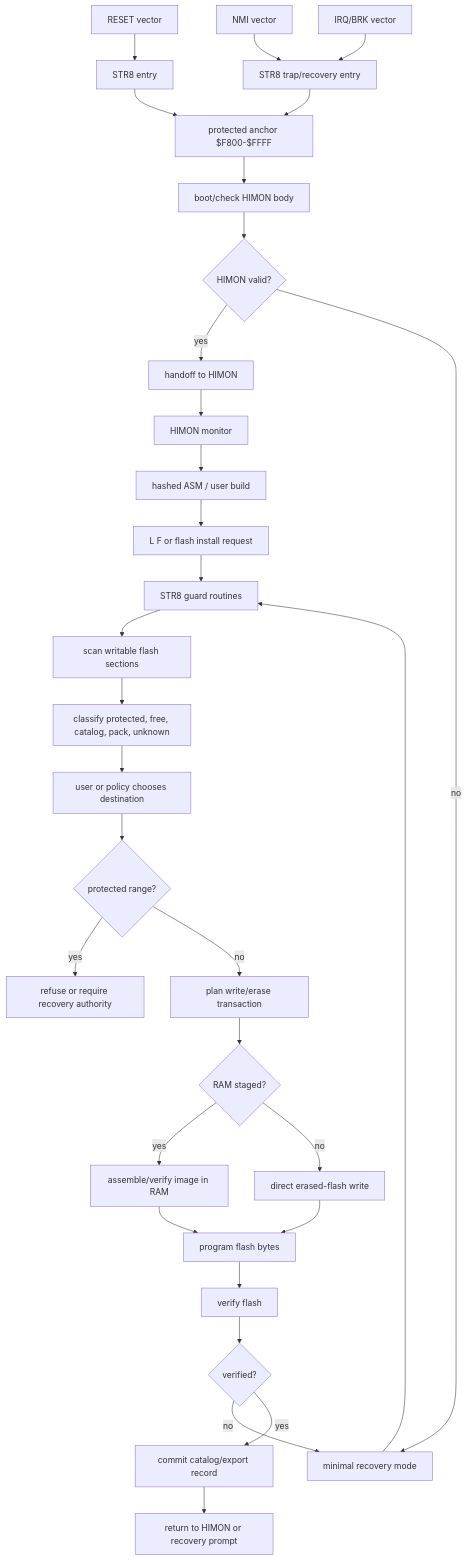
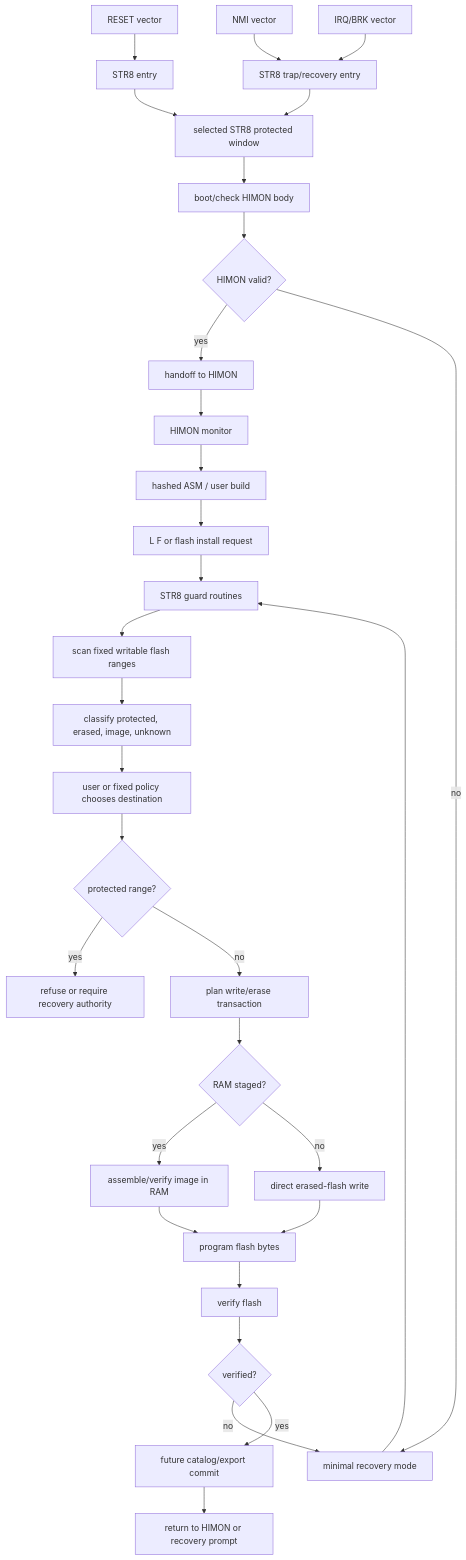
Before and after one commit to 95westus/R-YORS: the first of 2 diagrams in DOC/GUIDES/STR8.md, drawn with Mermaid. The commit also changed other lines of this file and 16 other files, not shown here.

````diff
--- a/DOC/GUIDES/STR8.md
+++ b/DOC/GUIDES/STR8.md
@@ -289,39 +325,39 @@
 ```mermaid
 flowchart TD
     RESET[RESET vector] --> STR8_ENTRY[STR8 entry]
     NMI[NMI vector] --> STR8_TRAP[STR8 trap/recovery entry]
     IRQ[IRQ/BRK vector] --> STR8_TRAP
 
-    STR8_ENTRY --> ANCHOR[protected anchor $F800-$FFFF]
+    STR8_ENTRY --> ANCHOR[selected STR8 protected window]
     STR8_TRAP --> ANCHOR
     ANCHOR --> BOOTCHECK[boot/check HIMON body]
 
     BOOTCHECK --> SAFE{HIMON valid?}
     SAFE -->|yes| HANDOFF[handoff to HIMON]
     SAFE -->|no| RECOVERY[minimal recovery mode]
 
     HANDOFF --> HIMON[HIMON monitor]
     HIMON --> ASM[hashed ASM / user build]
     ASM --> LF[L F or flash install request]
     LF --> STR8_API[STR8 guard routines]
 
     RECOVERY --> STR8_API
-    STR8_API --> SCAN[scan writable flash sections]
-    SCAN --> CLASSIFY[classify protected, free, catalog, pack, unknown]
-    CLASSIFY --> CHOOSE[user or policy chooses destination]
+    STR8_API --> SCAN[scan fixed writable flash ranges]
+    SCAN --> CLASSIFY[classify protected, erased, image, unknown]
+    CLASSIFY --> CHOOSE[user or fixed policy chooses destination]
     CHOOSE --> RANGE{protected range?}
     RANGE -->|yes| REFUSE[refuse or require recovery authority]
     RANGE -->|no| PLAN[plan write/erase transaction]
 
     PLAN --> STAGE{RAM staged?}
     STAGE -->|yes| RAMIMG[assemble/verify image in RAM]
     STAGE -->|no| DIRECT[direct erased-flash write]
     RAMIMG --> PROGRAM[program flash bytes]
     DIRECT --> PROGRAM
 
     PROGRAM --> VERIFY[verify flash]
     VERIFY --> OK{verified?}
     OK -->|no| RECOVERY
-    OK -->|yes| CATALOG[commit catalog/export record]
+    OK -->|yes| CATALOG[future catalog/export commit]
     CATALOG --> RETURN[return to HIMON or recovery prompt]
 ```
````
